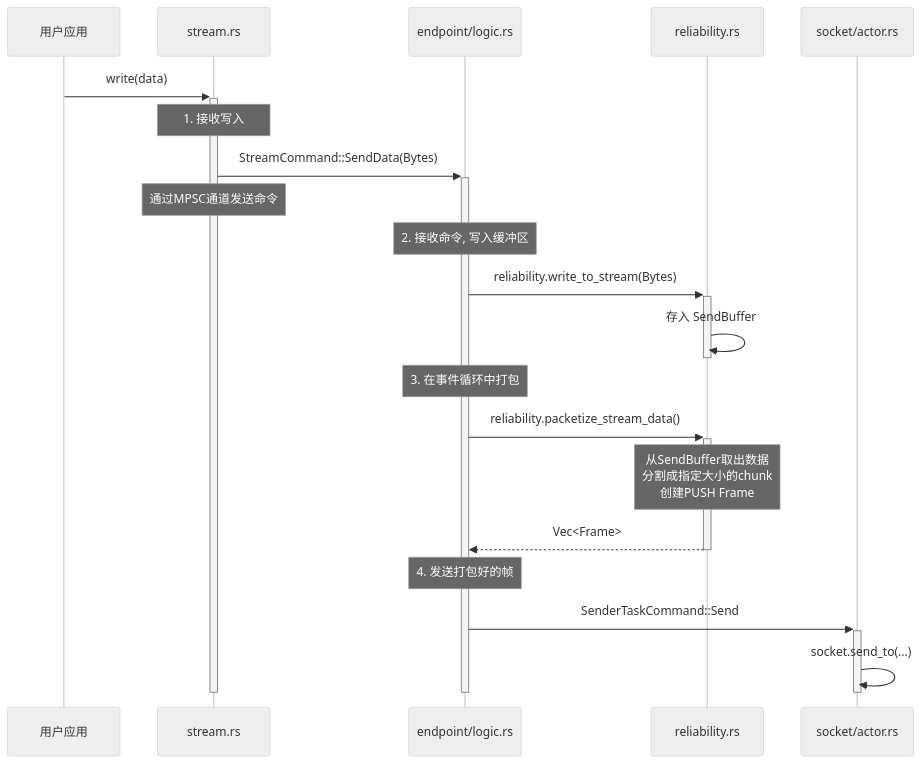
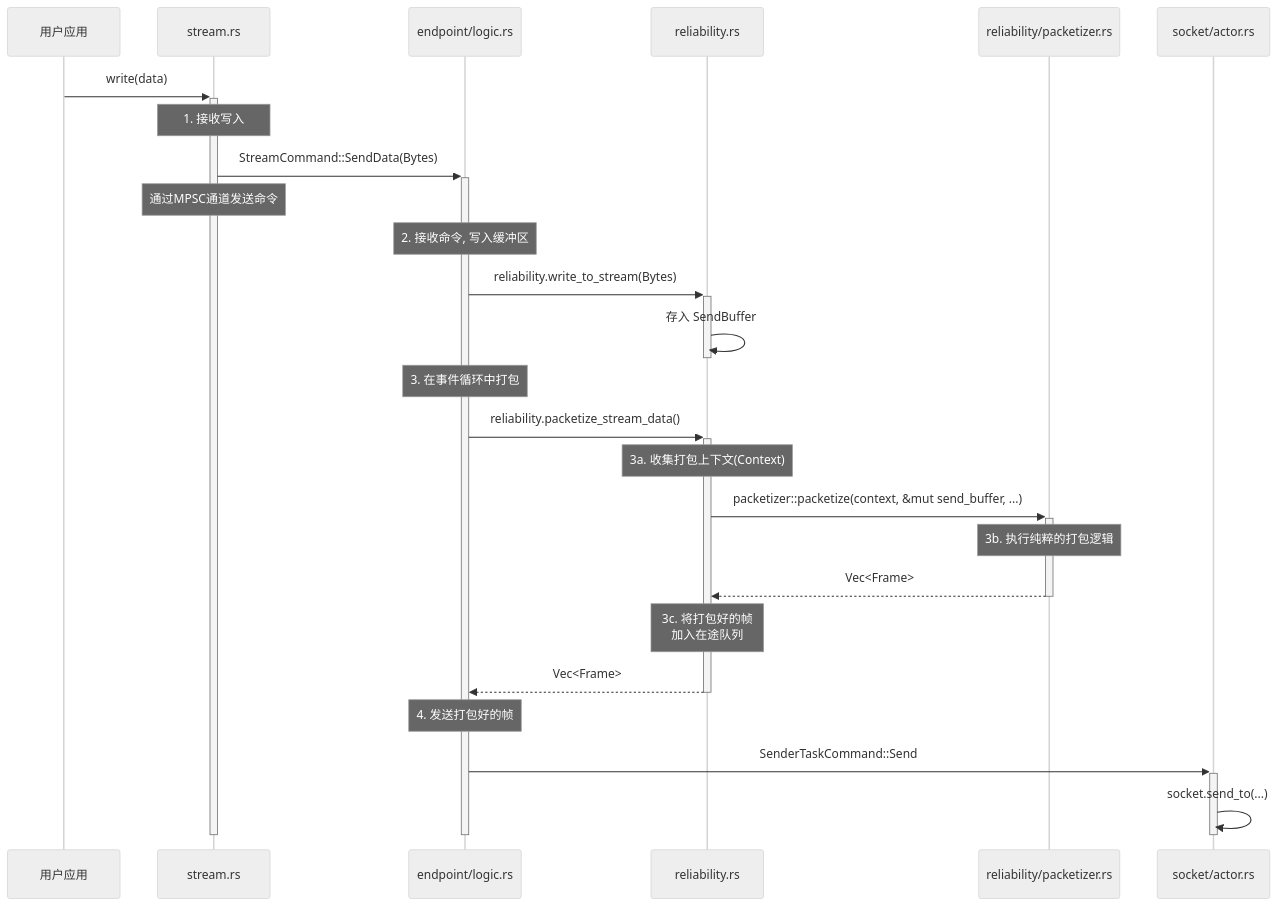
One commit to ShaoG-R/kestrel-protocol changed the first of 2 diagrams in docs/src/features/02-core-protocol/10-stream-to-packet.md. Above: the diagram before and after it, drawn with Mermaid (neutral theme). The commit also changed other lines of this file and 3 other files, not shown here.

````diff
--- a/docs/src/features/02-core-protocol/10-stream-to-packet.md
+++ b/docs/src/features/02-core-protocol/10-stream-to-packet.md
@@ -11,34 +11,38 @@
 ```mermaid
 sequenceDiagram
     participant UserApp as 用户应用
     participant Stream as stream.rs
     participant Endpoint as endpoint/logic.rs
     participant ReliabilityLayer as reliability.rs
+    participant Packetizer as reliability/packetizer.rs
     participant SocketActor as socket/actor.rs
 
     UserApp->>+Stream: write(data)
     Note over Stream: 1. 接收写入
 
-    %% Corrected Line: Added '+' to activate Endpoint
     Stream->>+Endpoint: StreamCommand::SendData(Bytes)
     Note over Stream: 通过MPSC通道发送命令
 
     Note over Endpoint: 2. 接收命令, 写入缓冲区
     Endpoint->>+ReliabilityLayer: reliability.write_to_stream(Bytes)
     ReliabilityLayer->>ReliabilityLayer: 存入 SendBuffer
     deactivate ReliabilityLayer
 
     Note over Endpoint: 3. 在事件循环中打包
     Endpoint->>+ReliabilityLayer: reliability.packetize_stream_data()
-    Note over ReliabilityLayer: 从SendBuffer取出数据<br/>分割成指定大小的chunk<br/>创建PUSH Frame
+    Note over ReliabilityLayer: 3a. 收集打包上下文(Context)
+    ReliabilityLayer->>+Packetizer: packetizer::packetize(context, &mut send_buffer, ...)
+    Note over Packetizer: 3b. 执行纯粹的打包逻辑
+    Packetizer-->>-ReliabilityLayer: Vec<Frame>
+    Note over ReliabilityLayer: 3c. 将打包好的帧<br>加入在途队列
     ReliabilityLayer-->>-Endpoint: Vec<Frame>
 
     Note over Endpoint: 4. 发送打包好的帧
     Endpoint->>+SocketActor: SenderTaskCommand::Send
 
     SocketActor->>SocketActor: socket.send_to(...)
 
     deactivate SocketActor
     deactivate Endpoint
     deactivate Stream
 ```
````
